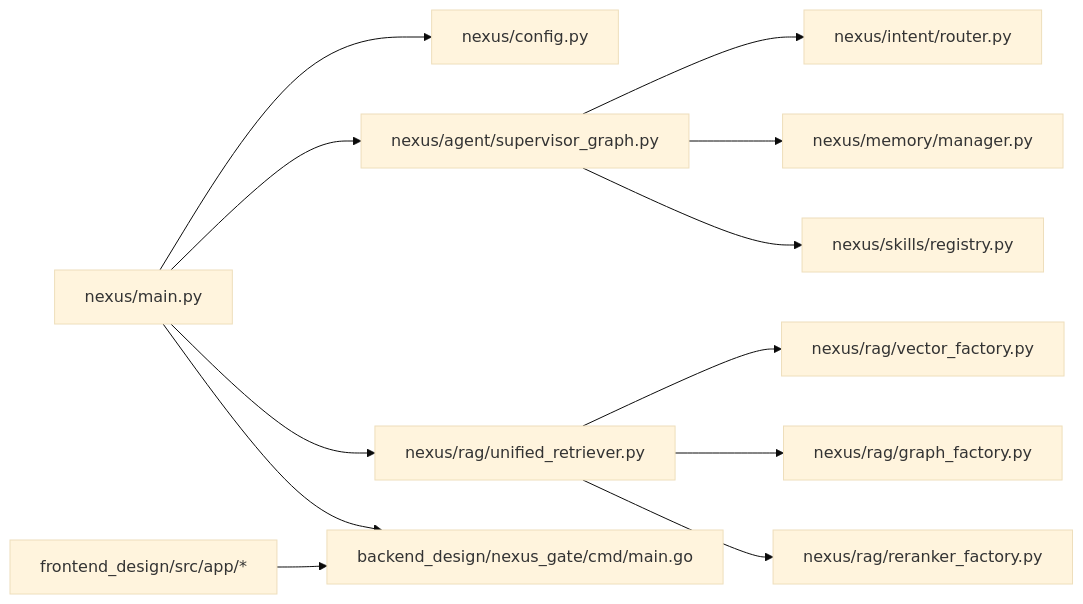
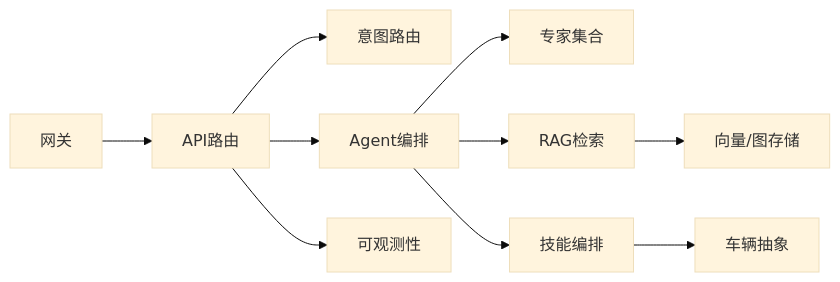
Diagram 11 of 11 in .qoder/repowiki/zh/content/项目概述/项目概述.md (zmdhdu/NexusCockpit), drawn with Mermaid (base theme) before and after one commit. The commit also changed other lines of this file and 535 other files, not shown here.

````diff
--- a/.qoder/repowiki/zh/content/项目概述/项目概述.md
+++ b/.qoder/repowiki/zh/content/项目概述/项目概述.md
@@ -310,14 +531,12 @@
 ```mermaid
 graph LR
-Main["nexus/main.py"] --> Config["nexus/config.py"]
-Main --> Agent["nexus/agent/supervisor_graph.py"]
-Main --> RAG["nexus/rag/unified_retriever.py"]
-Agent --> Intent["nexus/intent/router.py"]
-Agent --> Memory["nexus/memory/manager.py"]
-Agent --> Skills["nexus/skills/registry.py"]
-RAG --> Vector["nexus/rag/vector_factory.py"]
-RAG --> Graph["nexus/rag/graph_factory.py"]
-RAG --> Rerank["nexus/rag/reranker_factory.py"]
-Main --> Gateway["backend_design/nexus_gate/cmd/main.go"]
-Frontend["frontend_design/src/app/*"] --> Gateway
+GW["网关"] --> API["API路由"]
+API --> INTENT["意图路由"]
+API --> AG["Agent编排"]
+AG --> EXPERTS["专家集合"]
+AG --> RAG["RAG检索"]
+AG --> SKILLS["技能编排"]
+SKILLS --> VEHICLE["车辆抽象"]
+RAG --> STORE["向量/图存储"]
+API --> OBS["可观测性"]
 ```
````
